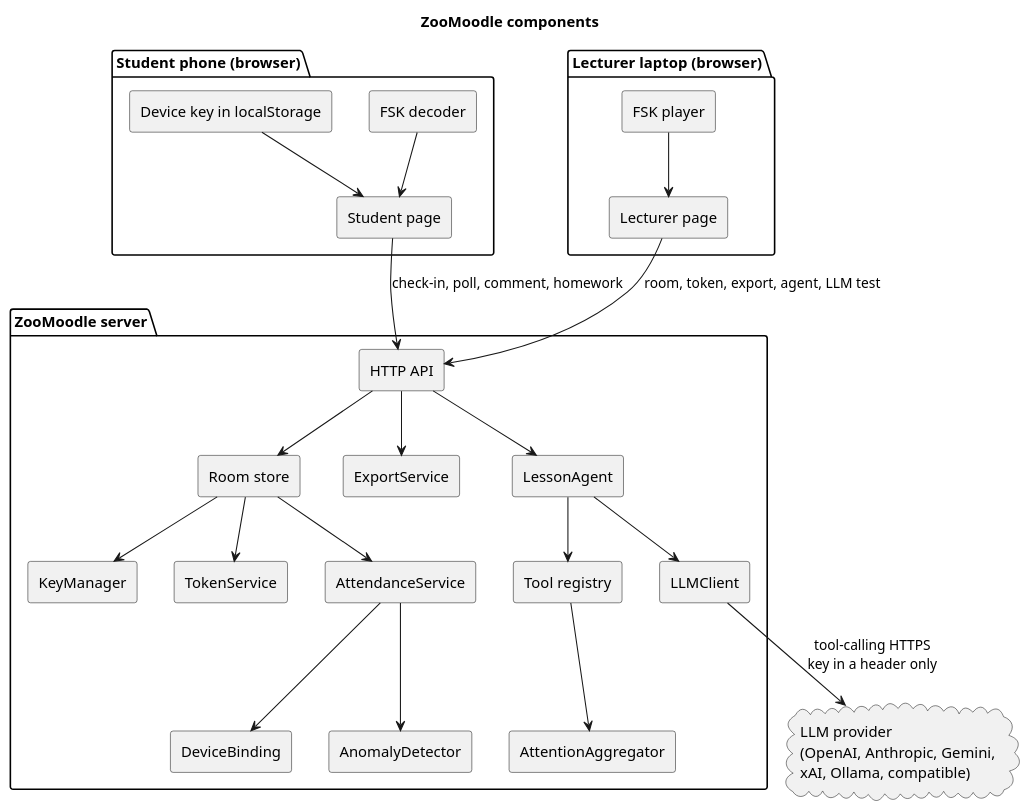
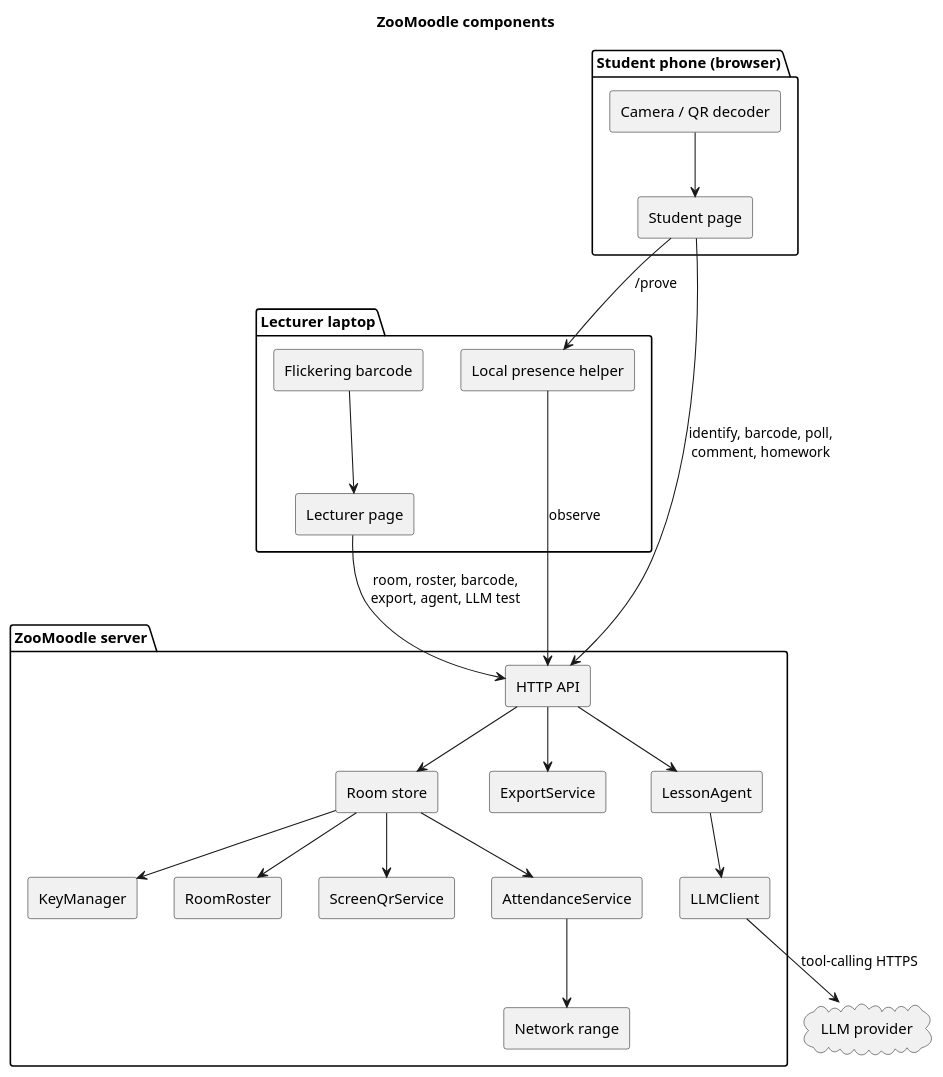
One commit to Haim-Barby/ZooMoodle changed the diagram in docs/diagrams/components.puml. Above: the diagram before and after it, drawn with PlantUML. The commit also changed 34 other files, not shown here.

First line of the commit message:
Replace last-four ID check with email confirmation and a live barcode

```diff
--- a/docs/diagrams/components.puml
+++ b/docs/diagrams/components.puml
@@ -1,52 +1,49 @@
 @startuml components
 title ZooMoodle components
 
 skinparam componentStyle rectangle
 skinparam shadowing false
 
 package "Student phone (browser)" {
   [Student page] as StudentUI
-  [FSK decoder] as Decoder
-  [Device key in localStorage] as DeviceKey
+  [Camera / QR decoder] as Cam
 }
 
-package "Lecturer laptop (browser)" {
+package "Lecturer laptop" {
   [Lecturer page] as LecturerUI
-  [FSK player] as Player
+  [Flickering barcode] as Barcode
+  [Local presence helper] as Helper
 }
 
 package "ZooMoodle server" {
   [HTTP API] as API
   [Room store] as Store
   [KeyManager] as Keys
-  [TokenService] as Tokens
+  [RoomRoster] as Roster
+  [ScreenQrService] as ScreenQr
+  [Network range] as Range
   [AttendanceService] as Attendance
-  [DeviceBinding] as Binding
-  [AnomalyDetector] as Anomalies
   [ExportService] as Export
   [LessonAgent] as Agent
-  [Tool registry] as Tools
   [LLMClient] as Client
-  [AttentionAggregator] as Attention
 }
 
-cloud "LLM provider\n(OpenAI, Anthropic, Gemini,\nxAI, Ollama, compatible)" as Provider
+cloud "LLM provider" as Provider
 
-StudentUI --> API : check-in, poll, comment, homework
-LecturerUI --> API : room, token, export, agent, LLM test
-Decoder --> StudentUI
-Player --> LecturerUI
-DeviceKey --> StudentUI
+StudentUI --> API : identify, barcode, poll,\ncomment, homework
+LecturerUI --> API : room, roster, barcode,\nexport, agent, LLM test
+Cam --> StudentUI
+Barcode --> LecturerUI
+StudentUI --> Helper : /prove
+Helper --> API : observe
 API --> Store
 Store --> Keys
-Store --> Tokens
+Store --> Roster
+Store --> ScreenQr
 Store --> Attendance
-Attendance --> Binding
-Attendance --> Anomalies
+Attendance --> Range
 API --> Export
 API --> Agent
-Agent --> Tools
 Agent --> Client
-Tools --> Attention
-Client --> Provider : tool-calling HTTPS\nkey in a header only
+Client --> Provider : tool-calling HTTPS
 @enduml
```
